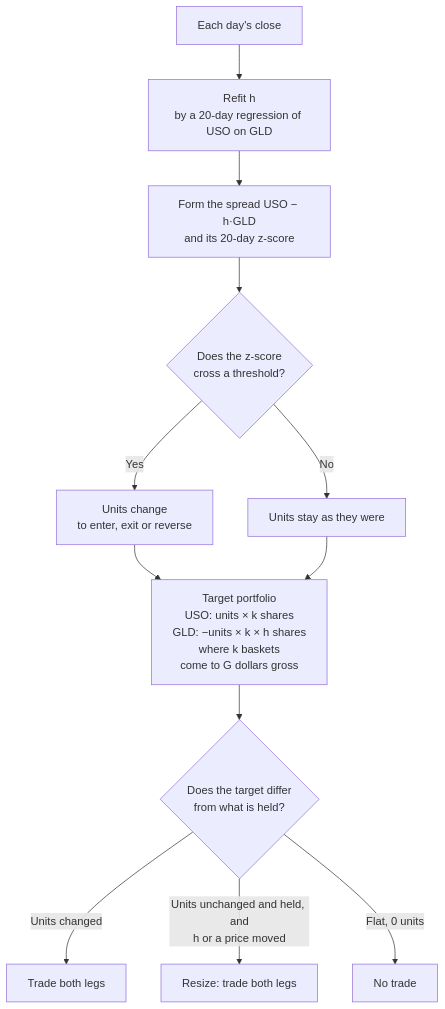
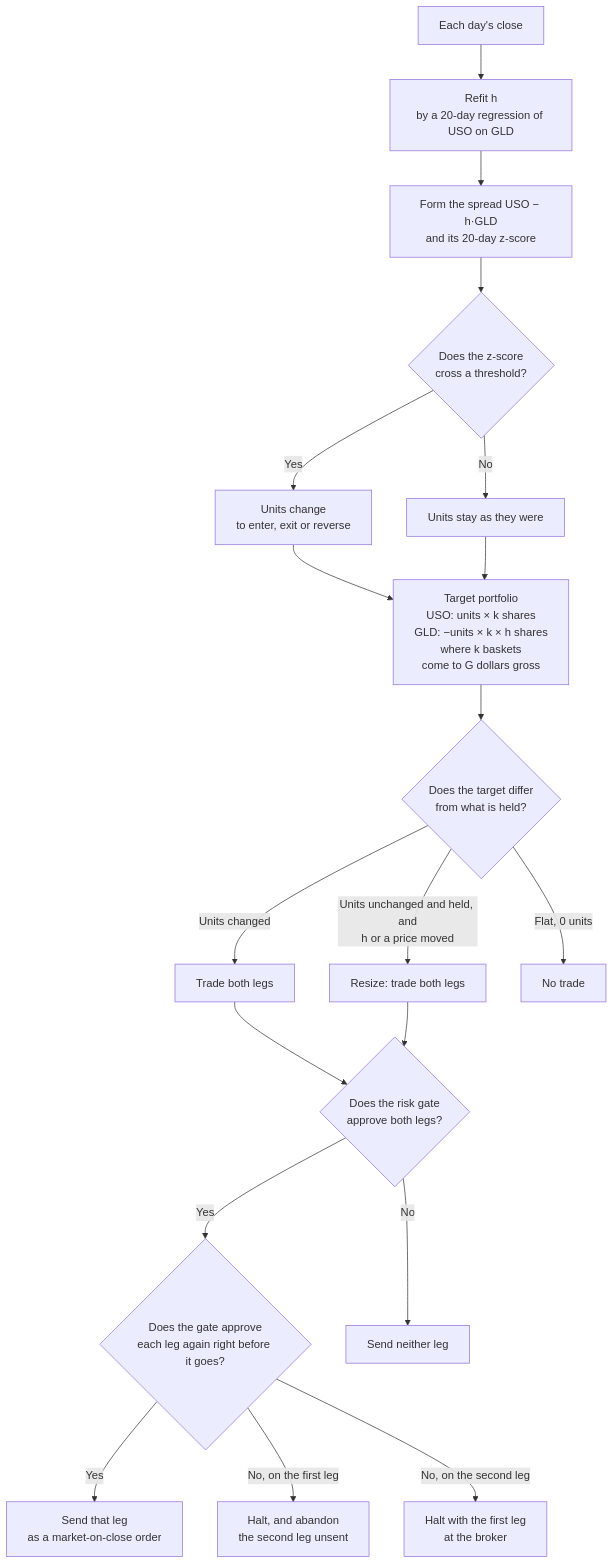
One commit to l3a0/ithildin-runtime changed the second of 2 diagrams in docs/architecture/01-introduction-and-goals.md. Above: the diagram before and after it, drawn with Mermaid. The commit also changed other lines of this file and 35 other files, not shown here.

First line of the commit message:
feat(execution): the order manager, the send stage and test 1 (#194)

````diff
--- a/docs/architecture/01-introduction-and-goals.md
+++ b/docs/architecture/01-introduction-and-goals.md
@@ -79,14 +79,21 @@
 ```mermaid
 flowchart TD
     close["Each day's close"] --> fit["Refit h<br/>by a 20-day regression of USO on GLD"]
     fit --> z["Form the spread USO − h·GLD<br/>and its 20-day z-score"]
     z --> rule{"Does the z-score<br/>cross a threshold?"}
     rule -- "Yes" --> move["Units change<br/>to enter, exit or reverse"]
     rule -- "No" --> same["Units stay as they were"]
     move --> target["Target portfolio<br/>USO: units × k shares<br/>GLD: −units × k × h shares<br/>where k baskets<br/>come to G dollars gross"]
     same --> target
     target --> diff{"Does the target differ<br/>from what is held?"}
     diff -- "Units changed" --> trade["Trade both legs"]
     diff -- "Units unchanged and held, and<br/>h or a price moved" --> resize["Resize: trade both legs"]
     diff -- "Flat, 0 units" --> none["No trade"]
+    trade --> gate{"Does the risk gate<br/>approve both legs?"}
+    resize --> gate
+    gate -- "Yes" --> again{"Does the gate approve<br/>each leg again right before it goes?"}
+    gate -- "No" --> held["Send neither leg"]
+    again -- "Yes" --> out["Send that leg<br/>as a market-on-close order"]
+    again -- "No, on the first leg" --> abandon["Halt, and abandon<br/>the second leg unsent"]
+    again -- "No, on the second leg" --> lone["Halt with the first leg<br/>at the broker"]
 ```
````
